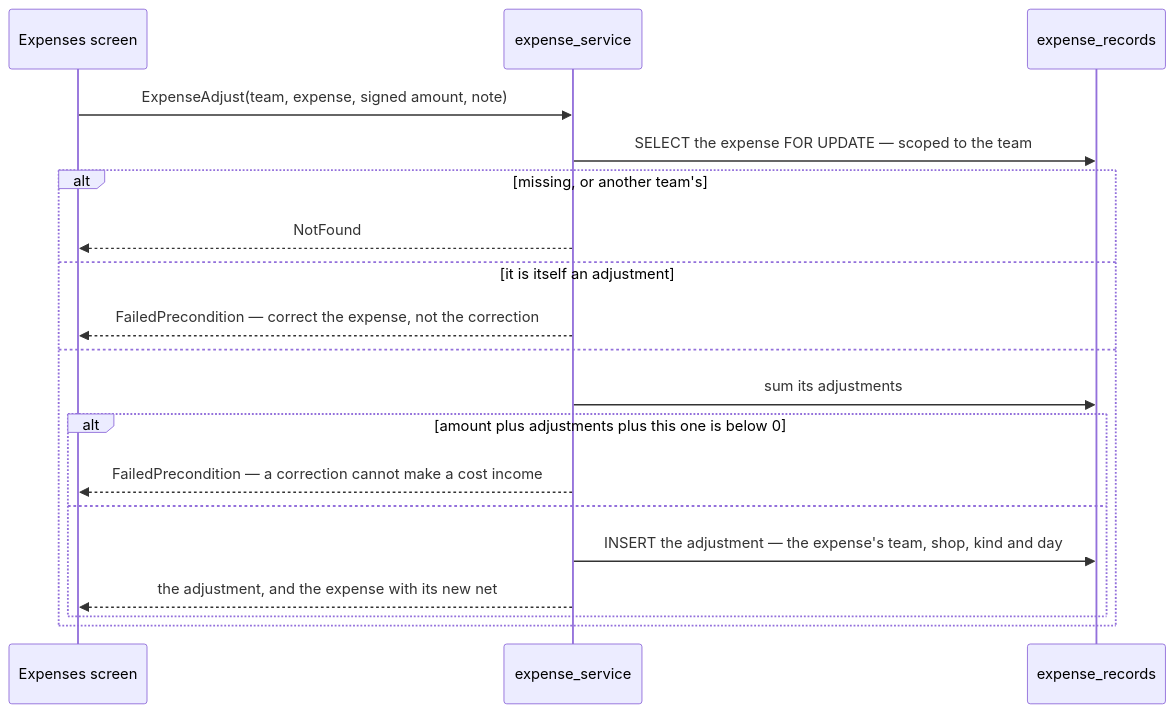
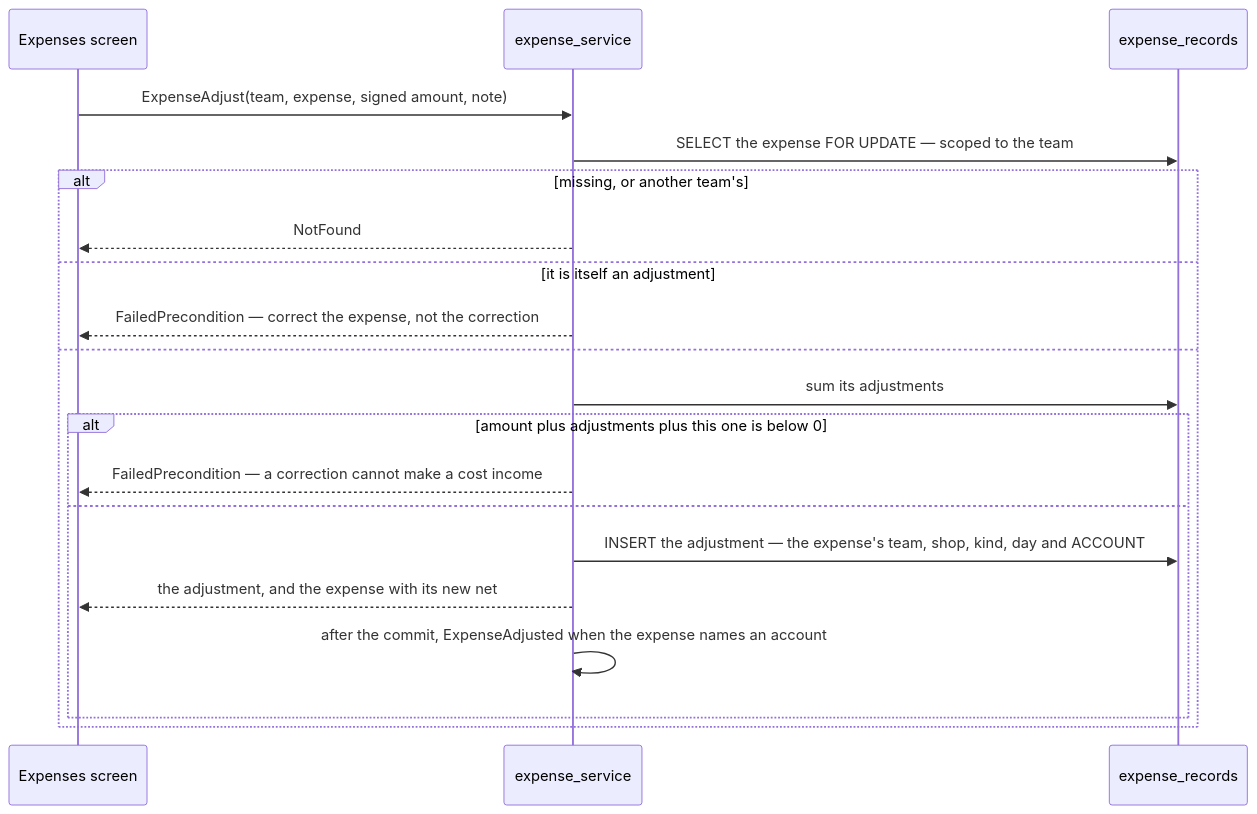
The third of 3 diagrams in docs/services/expense_service/rpc.md (pdcgo/warehouse_revamp), drawn with Mermaid before and after one commit. The commit also changed other lines of this file and 348 other files, not shown here.

````diff
--- a/docs/services/expense_service/rpc.md
+++ b/docs/services/expense_service/rpc.md
@@ -170,21 +213,22 @@
 ```mermaid
 sequenceDiagram
   participant UI as Expenses screen
   participant E as expense_service
   participant DB as expense_records
   UI->>E: ExpenseAdjust(team, expense, signed amount, note)
   E->>DB: SELECT the expense FOR UPDATE — scoped to the team
   alt missing, or another team's
     E-->>UI: NotFound
   else it is itself an adjustment
     E-->>UI: FailedPrecondition — correct the expense, not the correction
   else
     E->>DB: sum its adjustments
     alt amount plus adjustments plus this one is below 0
       E-->>UI: FailedPrecondition — a correction cannot make a cost income
     else
-      E->>DB: INSERT the adjustment — the expense's team, shop, kind and day
+      E->>DB: INSERT the adjustment — the expense's team, shop, kind, day and ACCOUNT
       E-->>UI: the adjustment, and the expense with its new net
+      E->>E: after the commit, ExpenseAdjusted when the expense names an account
     end
   end
 ```
````
